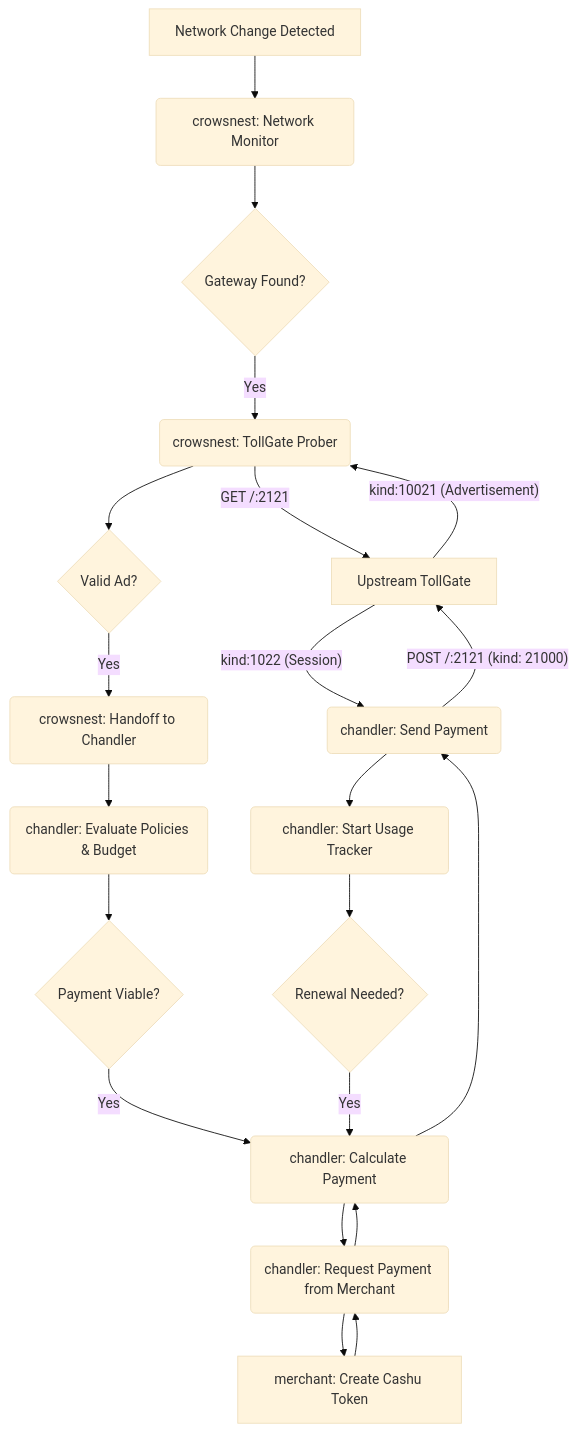
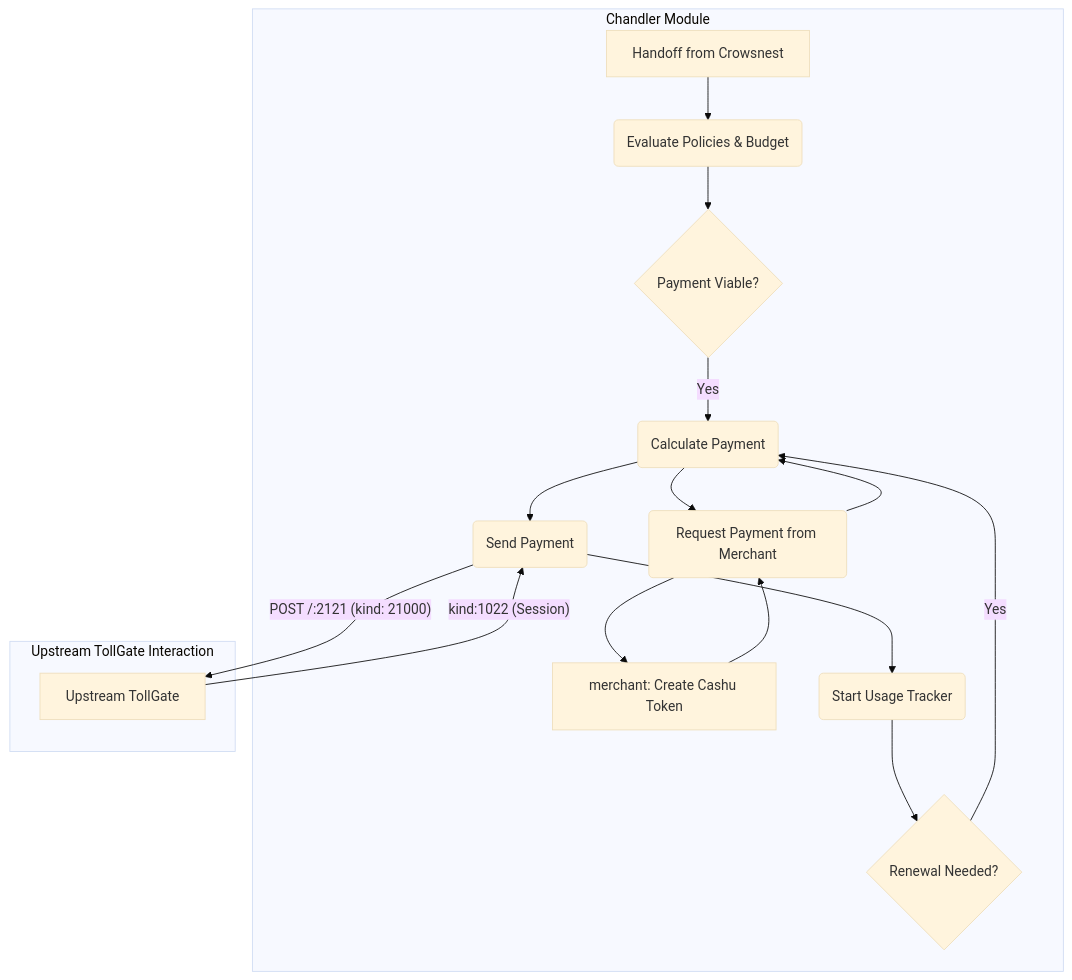
Before and after one commit to OpenTollGate/tollgate-module-basic-go: the second of 2 diagrams in docs/refactoring/payupstream_analysis.md, drawn with Mermaid (base theme). The commit also changed other lines of this file, not shown here.

Commit message:
split payupstream in two separate diagrams

````diff
--- a/docs/refactoring/payupstream_analysis.md
+++ b/docs/refactoring/payupstream_analysis.md
@@ -56,23 +75,21 @@
 ```mermaid
 graph TD
-    A[Network Change Detected] --> B(crowsnest: Network Monitor);
-    B --> C{Gateway Found?};
-    C -- Yes --> D(crowsnest: TollGate Prober);
-    D -- GET /:2121 --> E[Upstream TollGate];
-    E -- kind:10021 (Advertisement) --> D;
-    D --> F{Valid Ad?};
-    F -- Yes --> G(crowsnest: Handoff to Chandler);
-    G --> H(chandler: Evaluate Policies & Budget);
-    H --> I{Payment Viable?};
-    I -- Yes --> J(chandler: Calculate Payment);
-    J --> K(chandler: Request Payment from Merchant);
-    K --> L[merchant: Create Cashu Token];
-    L --> K;
-    K --> J;
-    J --> M(chandler: Send Payment);
-    M -- POST /:2121 (kind: 21000) --> E;
-    E -- kind:1022 (Session) --> M;
-    M --> N(chandler: Start Usage Tracker);
-    N --> O{Renewal Needed?};
-    O -- Yes --> J;
+    subgraph Chandler Module
+        G[Handoff from Crowsnest] --> H(Evaluate Policies & Budget);
+        H --> I{Payment Viable?};
+        I -- Yes --> J(Calculate Payment);
+        J --> K(Request Payment from Merchant);
+        K --> L[merchant: Create Cashu Token];
+        L --> K;
+        K --> J;
+        J --> M(Send Payment);
+        M --> N(Start Usage Tracker);
+        N --> O{Renewal Needed?};
+        O -- Yes --> J;
+    end
+
+    subgraph Upstream TollGate Interaction
+        M -- POST /:2121 (kind: 21000) --> E[Upstream TollGate];
+        E -- kind:1022 (Session) --> M;
+    end
 ```
````
